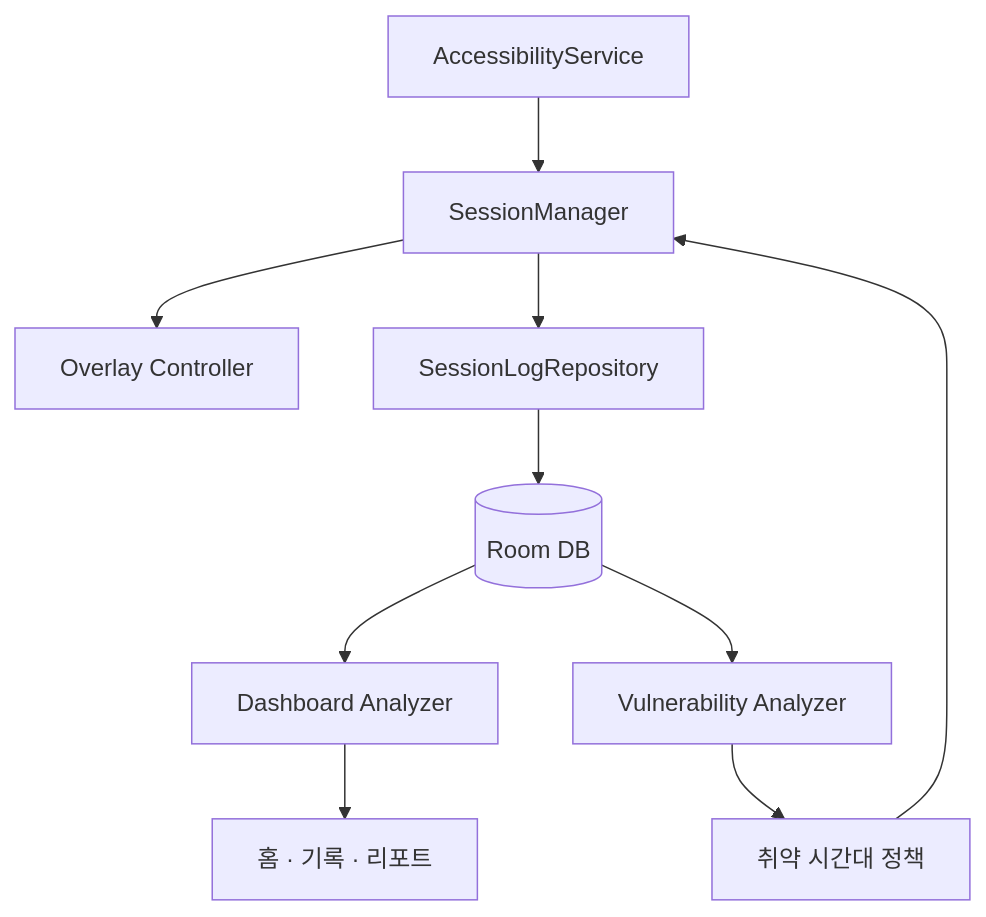
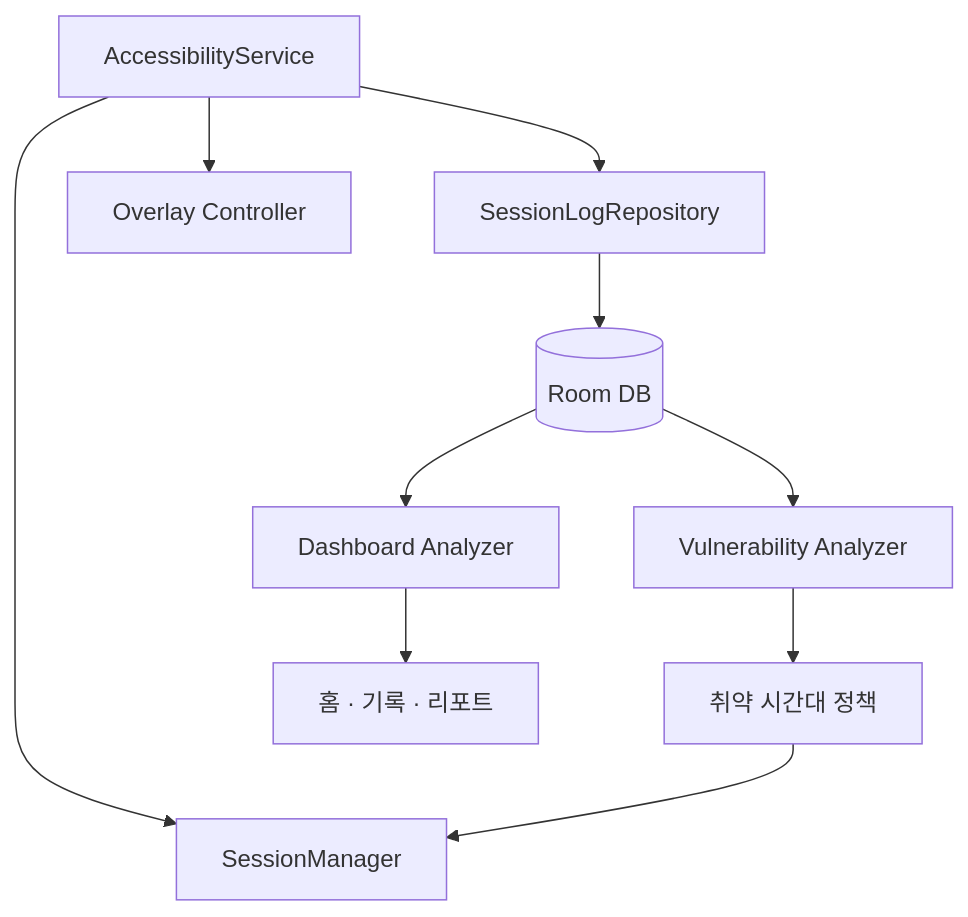
One commit to minimine09/teum changed the second of 2 diagrams in README.md. Above: the diagram before and after it, drawn with Mermaid. The commit also changed other lines of this file and 6 other files, not shown here.

````diff
--- a/README.md
+++ b/README.md
@@ -115,12 +142,12 @@
 ```mermaid
 flowchart TD
     A["AccessibilityService"] --> B["SessionManager"]
-    B --> C["Overlay Controller"]
-    B --> D["SessionLogRepository"]
+    A --> C["Overlay Controller"]
+    A --> D["SessionLogRepository"]
     D --> E[("Room DB")]
     E --> F["Dashboard Analyzer"]
     E --> G["Vulnerability Analyzer"]
     F --> H["홈 · 기록 · 리포트"]
     G --> I["취약 시간대 정책"]
     I --> B
 ```
````
